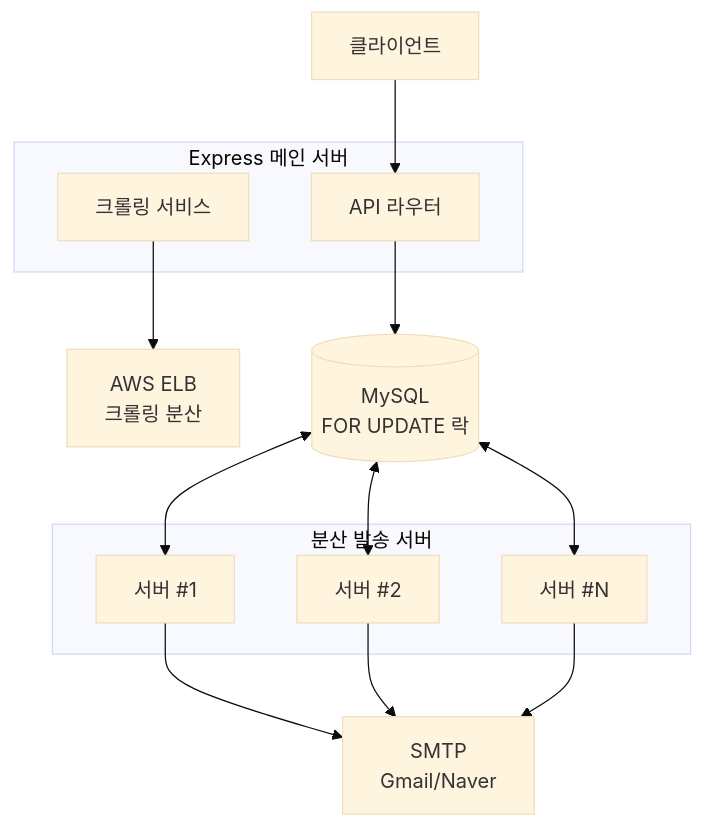
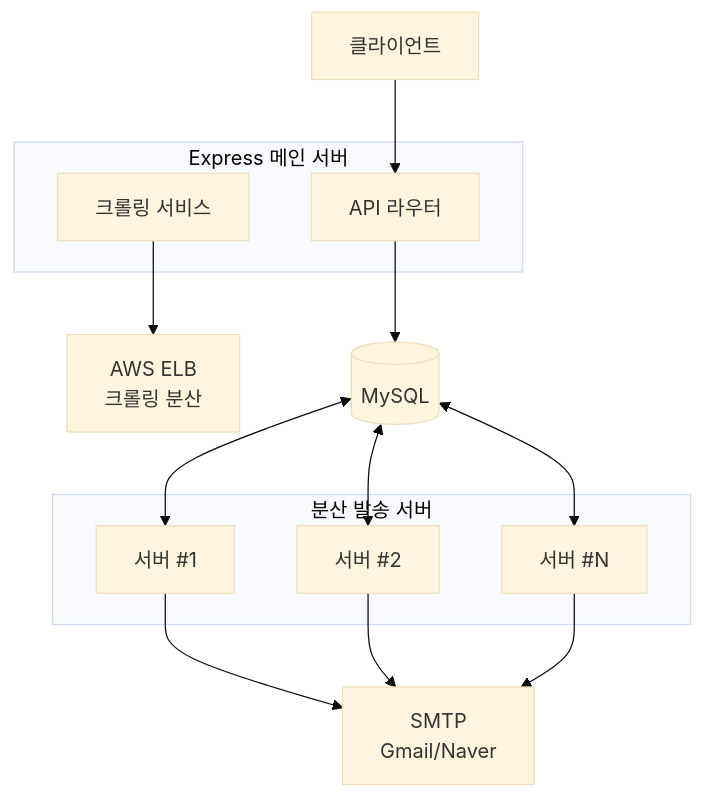
One commit to bis0908/fork-my-brain changed the first of 2 diagrams in content/resume.md. Above: the diagram before and after it, drawn with Mermaid (base theme). The commit also changed other lines of this file and 2 other files, not shown here.

````diff
--- a/content/resume.md
+++ b/content/resume.md
@@ -46,39 +51,25 @@
-```mermaid 
+```mermaid
 flowchart TB
-
-    Client[클라이언트]
-
-    subgraph MainServer[Express 메인 서버]
-
-        API[API 라우터]
-
-        Crawler[크롤링 서비스]
-
-    end
-
-    subgraph MailServers[분산 발송 서버]
-
-        MS1[서버 #1]
-
-        MS2[서버 #2]
-
-        MSN[서버 #N]
-
-    end
-
-    ELB[AWS ELB<br/>크롤링 분산]
-
-    DB[(MySQL<br/>FOR UPDATE 락)]
-
-    SMTP[SMTP<br/>Gmail/Naver]
-
-    Client --> API
-
-    API --> DB
-
-    Crawler --> ELB
-
-    DB <--> MS1 & MS2 & MSN
-
-    MS1 & MS2 & MSN --> SMTP
+    Client[클라이언트]
+    
+    subgraph MainServer[Express 메인 서버]
+        API[API 라우터]
+        Crawler[크롤링 서비스]
+    end
+    
+    subgraph MailServers[분산 발송 서버]
+        MS1[서버 #1]
+        MS2[서버 #2]
+        MSN[서버 #N]
+    end
+    
+    ELB[AWS ELB<br/>크롤링 분산]
+    DB[(MySQL)]
+    SMTP[SMTP<br/>Gmail/Naver]
+    
+    Client --> API
+    API --> DB
+    Crawler --> ELB
+    DB <--> MS1 & MS2 & MSN
+    MS1 & MS2 & MSN --> SMTP
 ```
````
